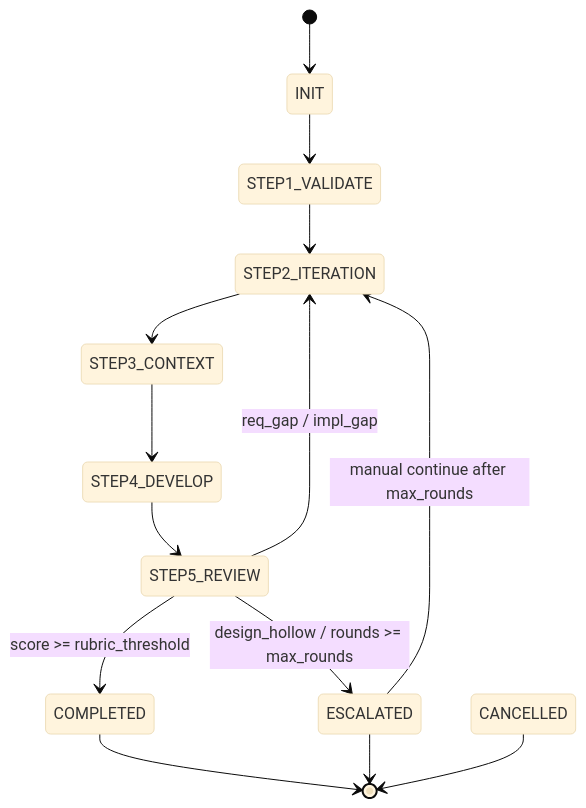
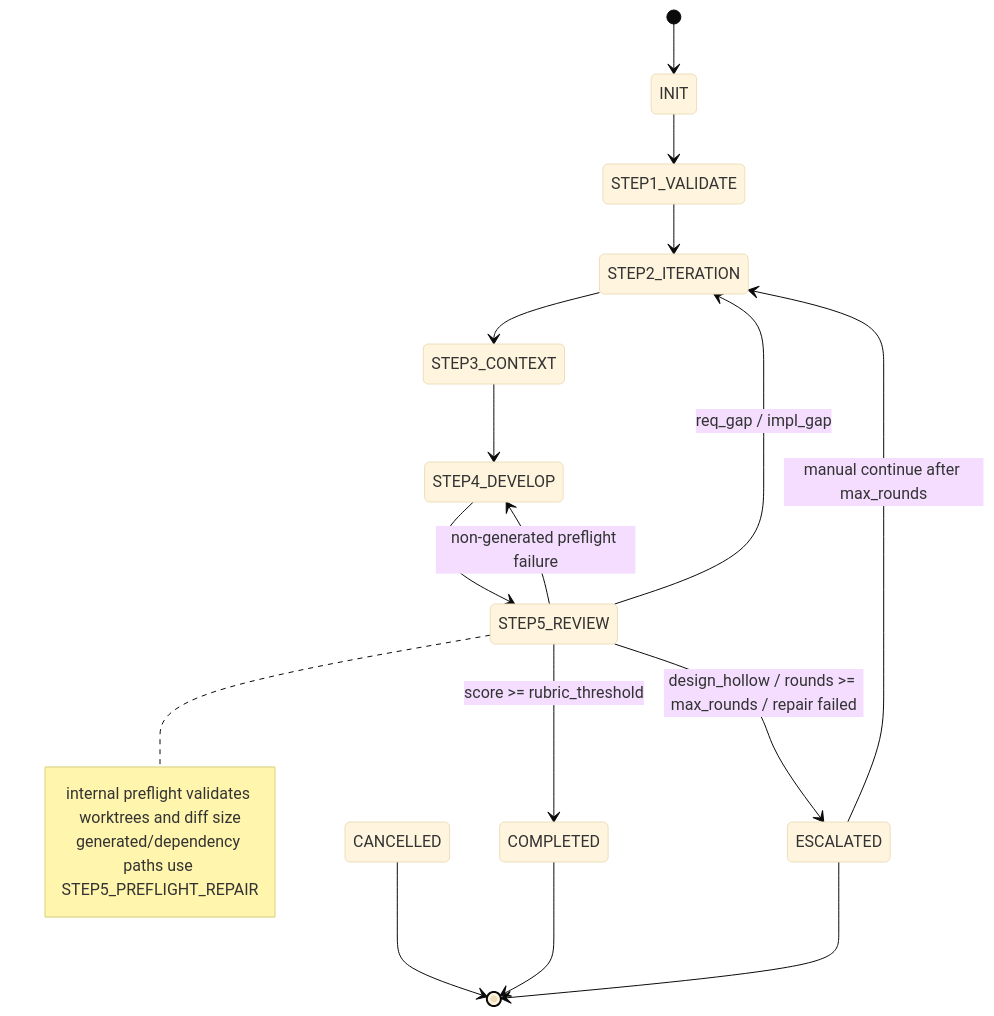
The sixth of 6 diagrams in README.md (vaxtomis/cooagents), drawn with Mermaid (base theme) before and after one commit. The commit also changed other lines of this file, not shown here.

Commit message:
docs: document devwork step5 safeguards

````diff
--- a/README.md
+++ b/README.md
@@ -293,16 +298,21 @@
 ```mermaid
 stateDiagram-v2
   [*] --> INIT
   INIT --> STEP1_VALIDATE
   STEP1_VALIDATE --> STEP2_ITERATION
   STEP2_ITERATION --> STEP3_CONTEXT
   STEP3_CONTEXT --> STEP4_DEVELOP
   STEP4_DEVELOP --> STEP5_REVIEW
+  note right of STEP5_REVIEW
+    internal preflight validates worktrees and diff size
+    generated/dependency paths use STEP5_PREFLIGHT_REPAIR
+  end note
   STEP5_REVIEW --> COMPLETED: score >= rubric_threshold
   STEP5_REVIEW --> STEP2_ITERATION: req_gap / impl_gap
-  STEP5_REVIEW --> ESCALATED: design_hollow / rounds >= max_rounds
+  STEP5_REVIEW --> STEP4_DEVELOP: non-generated preflight failure
+  STEP5_REVIEW --> ESCALATED: design_hollow / rounds >= max_rounds / repair failed
   ESCALATED --> STEP2_ITERATION: manual continue after max_rounds
   COMPLETED --> [*]
   ESCALATED --> [*]
   CANCELLED --> [*]
 ```
````
